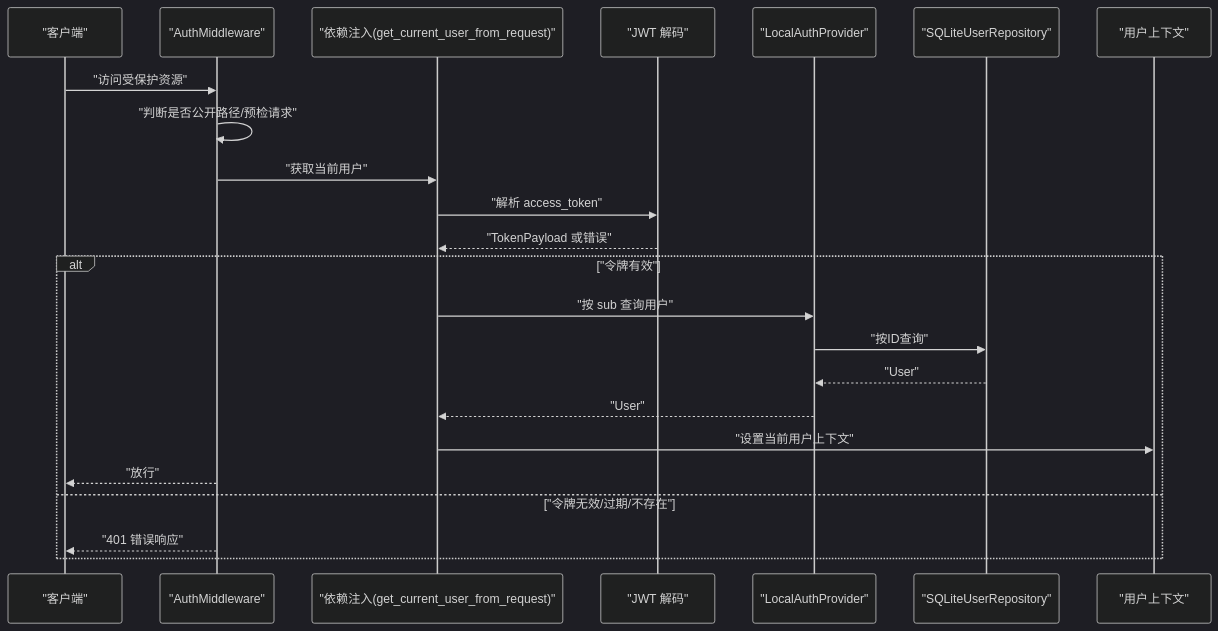
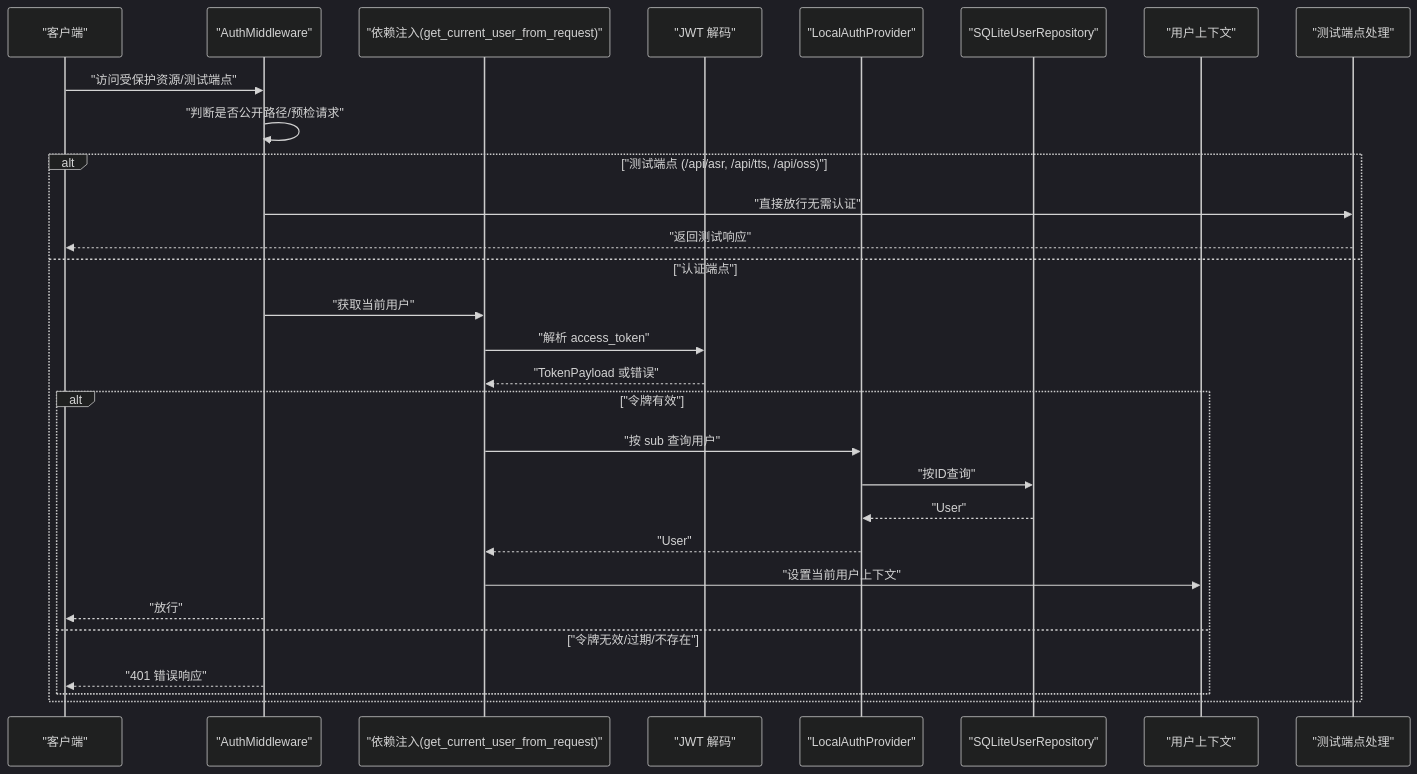
Before and after one commit to hbxfhrg/deer-flow: the second of 9 diagrams in .qoder/repowiki/zh/content/安全考虑/权限管理/认证系统.md, drawn with Mermaid (dark theme). The commit also changed other lines of this file and 18 other files, not shown here.

````diff
--- a/.qoder/repowiki/zh/content/安全考虑/权限管理/认证系统.md
+++ b/.qoder/repowiki/zh/content/安全考虑/权限管理/认证系统.md
@@ -112,25 +146,31 @@
 ```mermaid
 sequenceDiagram
 participant C as "客户端"
 participant MW as "AuthMiddleware"
 participant D as "依赖注入(get_current_user_from_request)"
 participant J as "JWT 解码"
 participant P as "LocalAuthProvider"
 participant R as "SQLiteUserRepository"
 participant UC as "用户上下文"
-C->>MW : "访问受保护资源"
+participant T as "测试端点处理"
+C->>MW : "访问受保护资源/测试端点"
 MW->>MW : "判断是否公开路径/预检请求"
+alt "测试端点 (/api/asr, /api/tts, /api/oss)"
+MW->>T : "直接放行无需认证"
+T-->>C : "返回测试响应"
+else "认证端点"
 MW->>D : "获取当前用户"
 D->>J : "解析 access_token"
 J-->>D : "TokenPayload 或错误"
 alt "令牌有效"
 D->>P : "按 sub 查询用户"
 P->>R : "按ID查询"
 R-->>P : "User"
 P-->>D : "User"
 D->>UC : "设置当前用户上下文"
 MW-->>C : "放行"
 else "令牌无效/过期/不存在"
 MW-->>C : "401 错误响应"
 end
+end
 ```
````
